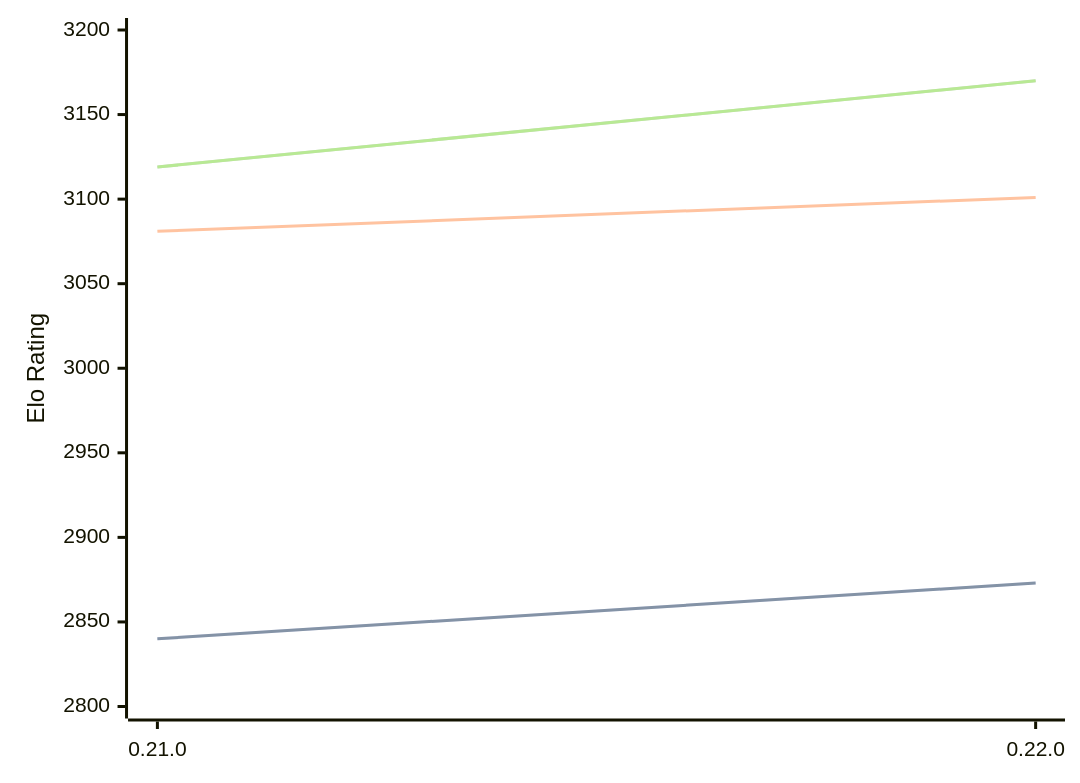
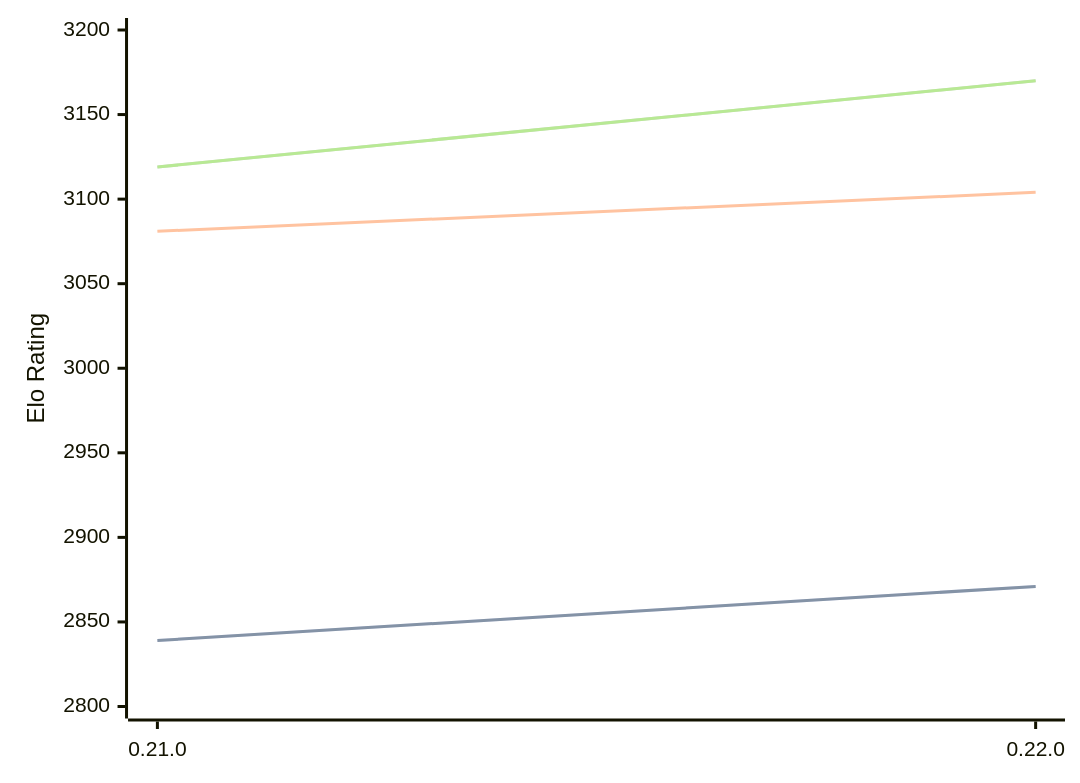
One commit to computer-chess-index/cci changed the diagram in engines/Princhess.md. Above: the diagram before and after it, drawn with Mermaid. The commit also changed other lines of this file, not shown here.

````diff
--- a/engines/Princhess.md
+++ b/engines/Princhess.md
@@ -32,11 +32,11 @@
 ```mermaid
 %%{init: {"theme":"base","themeVariables":{"seriesColors:['#a3a3a3','#222221','#faa371']}}}%%
 xychart-beta
   x-axis ["0.21.0", "0.22.0"]
   y-axis "Elo Rating" 2800 --> 3200
-  line "" [2840, 2873]
-  line "STC (8.0+0.08s)" [2840, 2873]
-  line "LTC (60.0+0.60s)" [3081, 3101]
+  line "" [2839, 2871]
+  line "STC (8.0+0.08s)" [2839, 2871]
+  line "LTC (60.0+0.60s)" [3081, 3104]
   line "" [3119, 3170]
   line "VLTC (2m24s+1.12s)" [3119, 3170]
 ```
````
